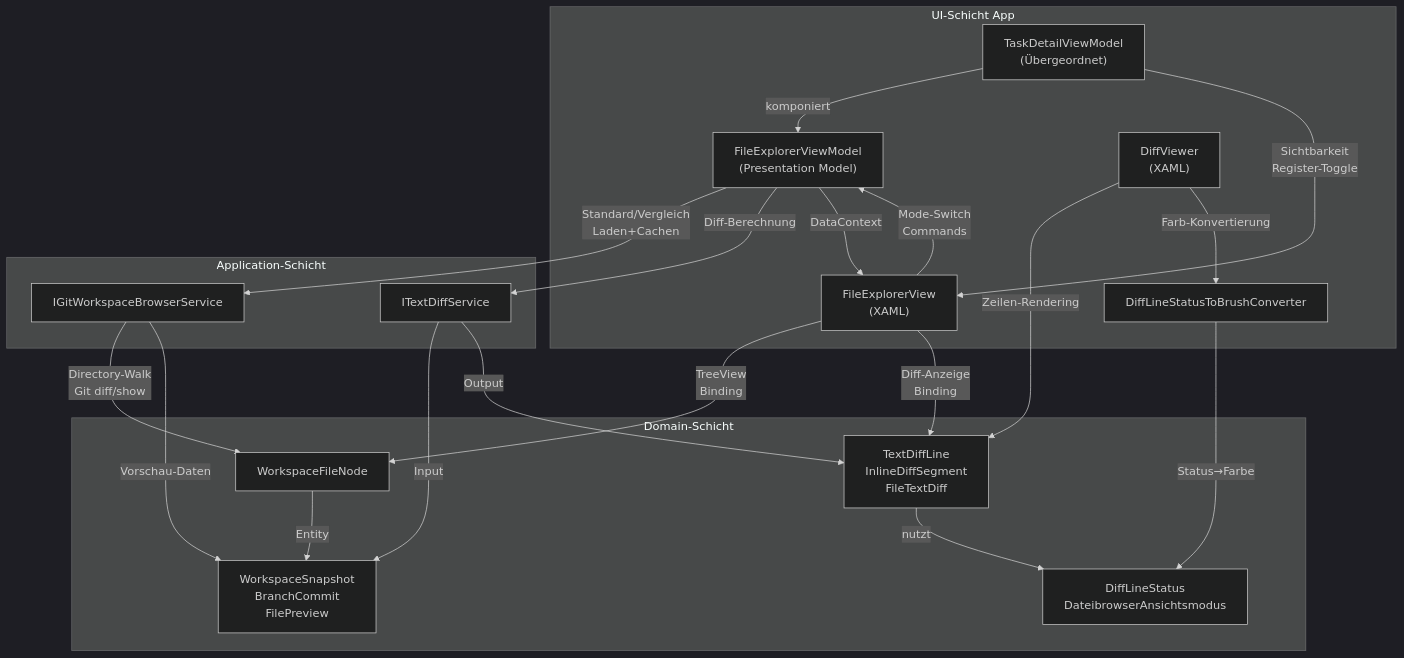
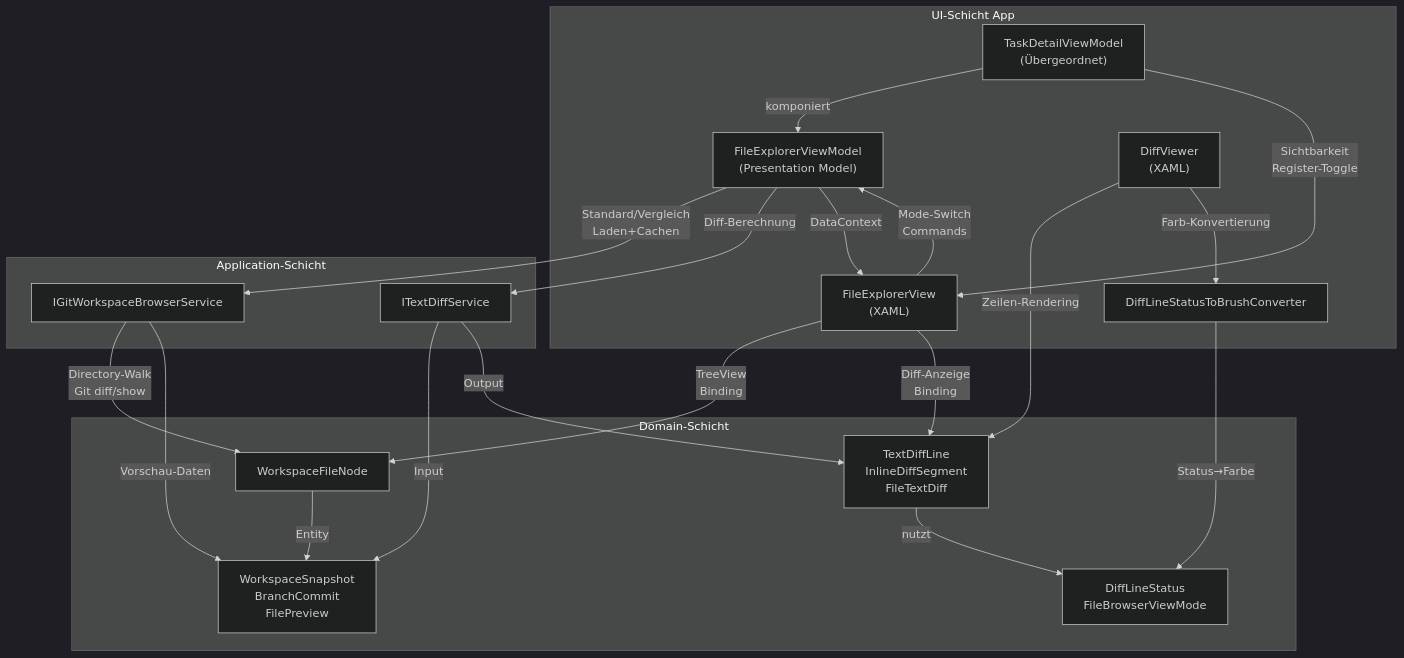
One commit to martin-stromberg/Softwareschmiede changed the diagram in docs/help/dateiexplorer/architektur.md. Above: the diagram before and after it, drawn with Mermaid (dark theme). The commit also changed other lines of this file and 76 other files, not shown here.

````diff
--- a/docs/help/dateiexplorer/architektur.md
+++ b/docs/help/dateiexplorer/architektur.md
@@ -27,46 +27,46 @@
 ```mermaid
 graph TB
     subgraph UI[UI-Schicht App]
         TDVM["TaskDetailViewModel<br/>(Übergeordnet)"]
         FEVM["FileExplorerViewModel<br/>(Presentation Model)"]
         FEV["FileExplorerView<br/>(XAML)"]
         DV["DiffViewer<br/>(XAML)"]
         CONV["DiffLineStatusToBrushConverter"]
     end
 
     subgraph APP[Application-Schicht]
         GWBS["IGitWorkspaceBrowserService"]
         TDS["ITextDiffService"]
     end
 
     subgraph DOMAIN[Domain-Schicht]
         NODE["WorkspaceFileNode"]
         DIFF["TextDiffLine<br/>InlineDiffSegment<br/>FileTextDiff"]
         SNAP["WorkspaceSnapshot<br/>BranchCommit<br/>FilePreview"]
-        ENUM["DiffLineStatus<br/>DateibrowserAnsichtsmodus"]
+        ENUM["DiffLineStatus<br/>FileBrowserViewMode"]
     end
 
     TDVM -->|komponiert| FEVM
     TDVM -->|"Sichtbarkeit<br/>Register-Toggle"| FEV
     
     FEVM -->|"Standard/Vergleich<br/>Laden+Cachen"| GWBS
     FEVM -->|"Diff-Berechnung"| TDS
     FEVM -->|"DataContext"| FEV
     
     FEV -->|"TreeView<br/>Binding"| NODE
     FEV -->|"Diff-Anzeige<br/>Binding"| DIFF
     FEV -->|"Mode-Switch<br/>Commands"| FEVM
     
     DV -->|"Zeilen-Rendering"| DIFF
     DV -->|"Farb-Konvertierung"| CONV
     CONV -->|"Status→Farbe"| ENUM
     
     GWBS -->|"Directory-Walk<br/>Git diff/show"| NODE
     GWBS -->|"Vorschau-Daten"| SNAP
     
     TDS -->|"Input"| SNAP
     TDS -->|"Output"| DIFF
     
     NODE -->|"Entity"| SNAP
     DIFF -->|"nutzt"| ENUM
 ```
````
